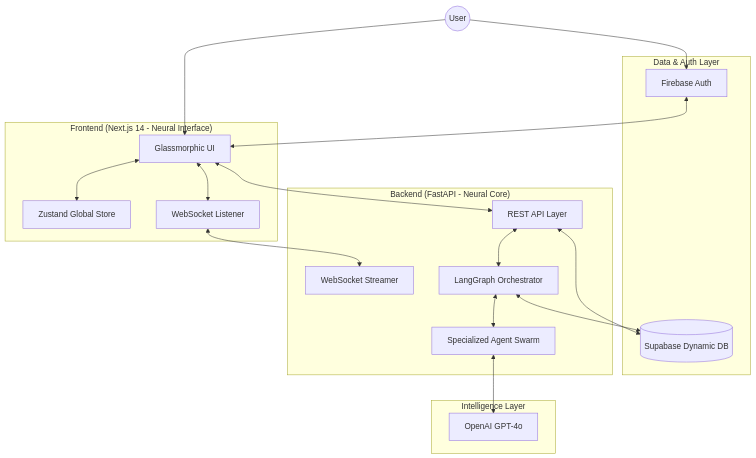
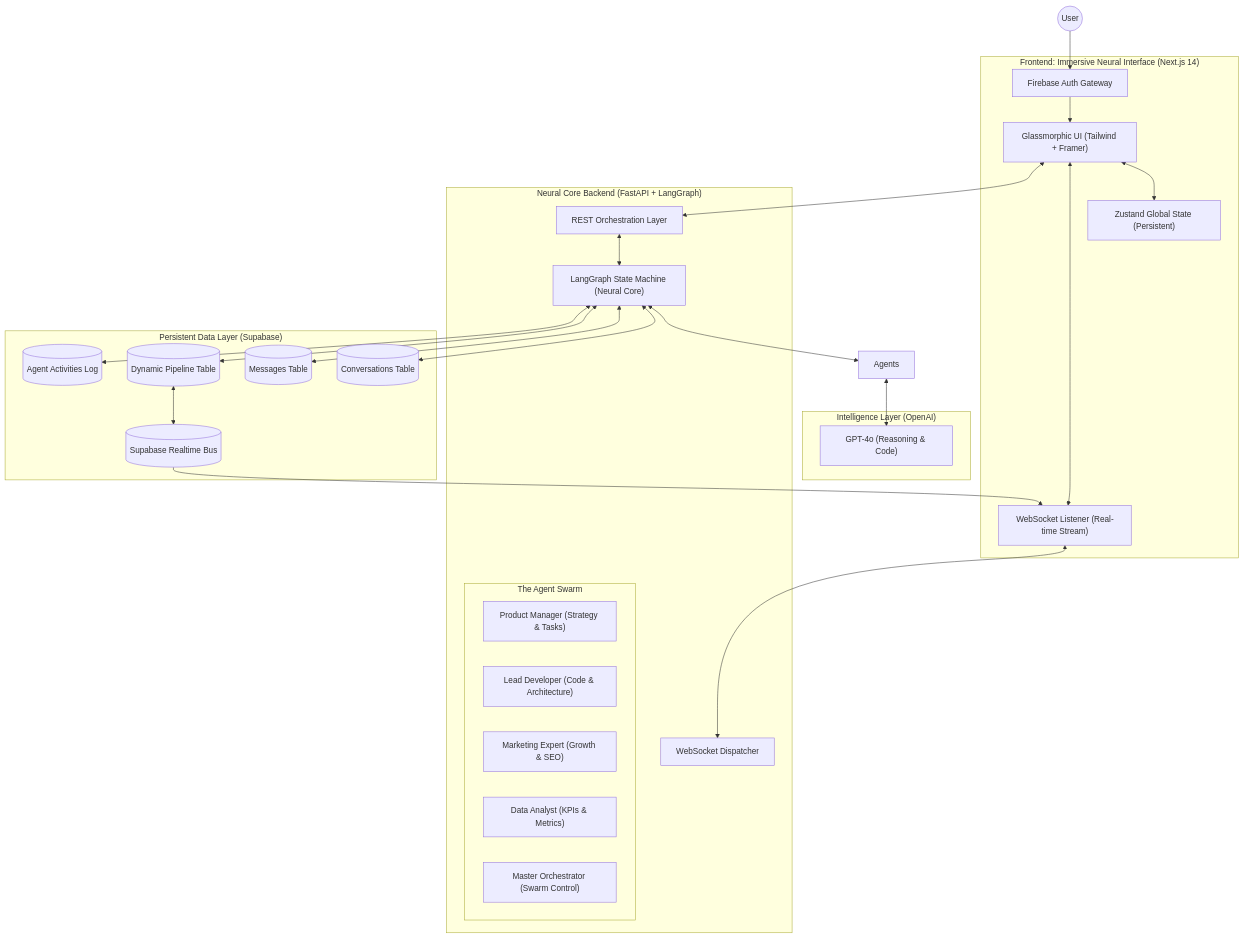
Before and after one commit to sunkireddy-Barath/AutoPilot-AI-Workspace: the first of 2 diagrams in README.md, drawn with Mermaid. The commit also changed other lines of this file, not shown here.

Commit message:
docs: Deep Architecture Expansion & MeDo Strategic Advantage Breakdown

````diff
--- a/README.md
+++ b/README.md
@@ -14,35 +16,56 @@
 ```mermaid
 graph TD
     User((User))
-    subgraph "Frontend (Next.js 14 - Neural Interface)"
-        UI[Glassmorphic UI]
-        State[Zustand Global Store]
-        WS_Client[WebSocket Listener]
-    end
-    subgraph "Backend (FastAPI - Neural Core)"
-        API[REST API Layer]
-        WS_Server[WebSocket Streamer]
-        Engine[LangGraph Orchestrator]
-        Agents[Specialized Agent Swarm]
-    end
-    subgraph "Data & Auth Layer"
-        Supabase[(Supabase Dynamic DB)]
-        Firebase[Firebase Auth]
-    end
-    subgraph "Intelligence Layer"
-        LLM[OpenAI GPT-4o]
+    
+    subgraph "Frontend: Immersive Neural Interface (Next.js 14)"
+        UI["Glassmorphic UI (Tailwind + Framer)"]
+        State["Zustand Global State (Persistent)"]
+        WS_Client["WebSocket Listener (Real-time Stream)"]
+        Auth_UI["Firebase Auth Gateway"]
     end
 
-    User --> UI
+    subgraph "Neural Core Backend (FastAPI + LangGraph)"
+        API["REST Orchestration Layer"]
+        WS_Server["WebSocket Dispatcher"]
+        Engine["LangGraph State Machine (Neural Core)"]
+        
+        subgraph "The Agent Swarm"
+            PM["Product Manager (Strategy & Tasks)"]
+            DEV["Lead Developer (Code & Architecture)"]
+            MKT["Marketing Expert (Growth & SEO)"]
+            ANA["Data Analyst (KPIs & Metrics)"]
+            ORC["Master Orchestrator (Swarm Control)"]
+        end
+    end
+
+    subgraph "Persistent Data Layer (Supabase)"
+        Conv_DB[(Conversations Table)]
+        Msg_DB[(Messages Table)]
+        Task_DB[(Dynamic Pipeline Table)]
+        Act_DB[(Agent Activities Log)]
+        Realtime[(Supabase Realtime Bus)]
+    end
+
+    subgraph "Intelligence Layer (OpenAI)"
+        GPT["GPT-4o (Reasoning & Code)"]
+    end
+
+    User --> Auth_UI
+    Auth_UI --> UI
     UI <--> State
     UI <--> WS_Client
     UI <--> API
+    
     WS_Client <--> WS_Server
     API <--> Engine
     Engine <--> Agents
-    Agents <--> LLM
-    Engine <--> Supabase
-    API <--> Supabase
-    User --> Firebase
-    Firebase <--> UI
+    Agents <--> GPT
+    
+    Engine <--> Conv_DB
+    Engine <--> Msg_DB
+    Engine <--> Task_DB
+    Engine <--> Act_DB
+    
+    Task_DB <--> Realtime
+    Realtime --> WS_Client
 ```
````
